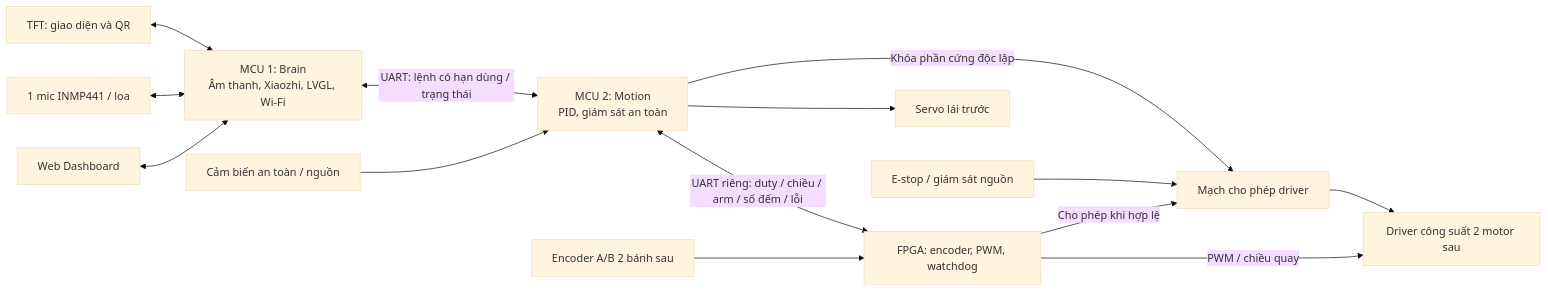
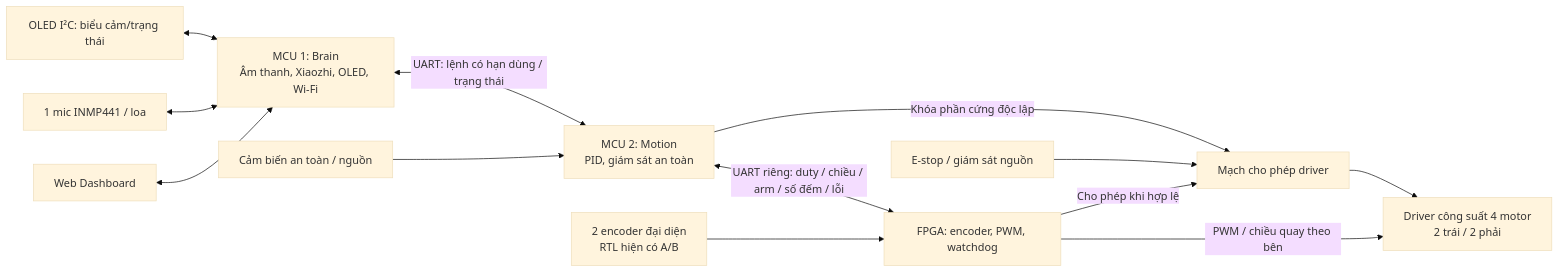
The diagram in README.md (TuanDanny/AW-Car), drawn with Mermaid (base theme) before and after one commit. The commit also changed other lines of this file and 1886 other files, not shown here.

````diff
--- a/README.md
+++ b/README.md
@@ -66,16 +74,15 @@
 ```mermaid
 flowchart LR
-    Web[Web Dashboard] <--> Brain["MCU 1: Brain\nÂm thanh, Xiaozhi, LVGL, Wi-Fi"]
+    Web[Web Dashboard] <--> Brain["MCU 1: Brain\nÂm thanh, Xiaozhi, OLED, Wi-Fi"]
     Audio["1 mic INMP441 / loa"] <--> Brain
-    TFT["TFT: giao diện và QR"] <--> Brain
+    Display["OLED I²C: biểu cảm/trạng thái"] <--> Brain
     Brain <-->|"UART: lệnh có hạn dùng / trạng thái"| Motion["MCU 2: Motion\nPID, giám sát an toàn"]
     Sensors["Cảm biến an toàn / nguồn"] --> Motion
-    Encoder["Encoder A/B 2 bánh sau"] --> FPGA["FPGA: encoder, PWM, watchdog"]
+    Encoder["2 encoder đại diện\nRTL hiện có A/B"] --> FPGA["FPGA: encoder, PWM, watchdog"]
     Motion <-->|"UART riêng: duty / chiều / arm / số đếm / lỗi"| FPGA
-    FPGA -->|"PWM / chiều quay"| Drive["Driver công suất 2 motor sau"]
-    Motion --> Servo["Servo lái trước"]
+    FPGA -->|"PWM / chiều quay theo bên"| Drive["Driver công suất 4 motor\n2 trái / 2 phải"]
     Motion -->|"Khóa phần cứng độc lập"| Gate["Mạch cho phép driver"]
     FPGA -->|"Cho phép khi hợp lệ"| Gate
     Stop["E-stop / giám sát nguồn"] --> Gate
     Gate --> Drive
 ```
````
